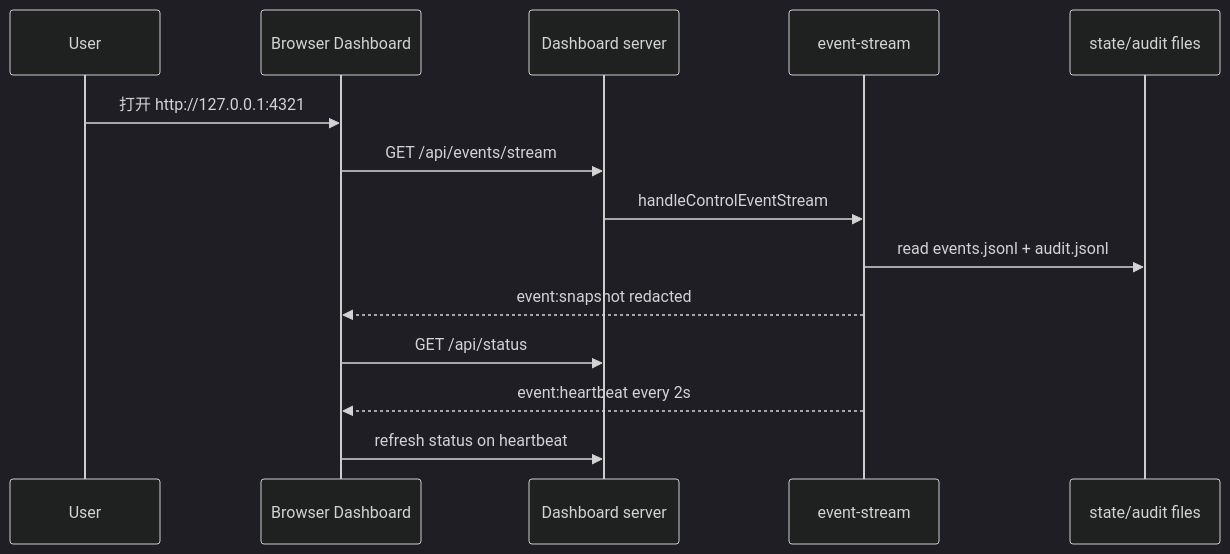
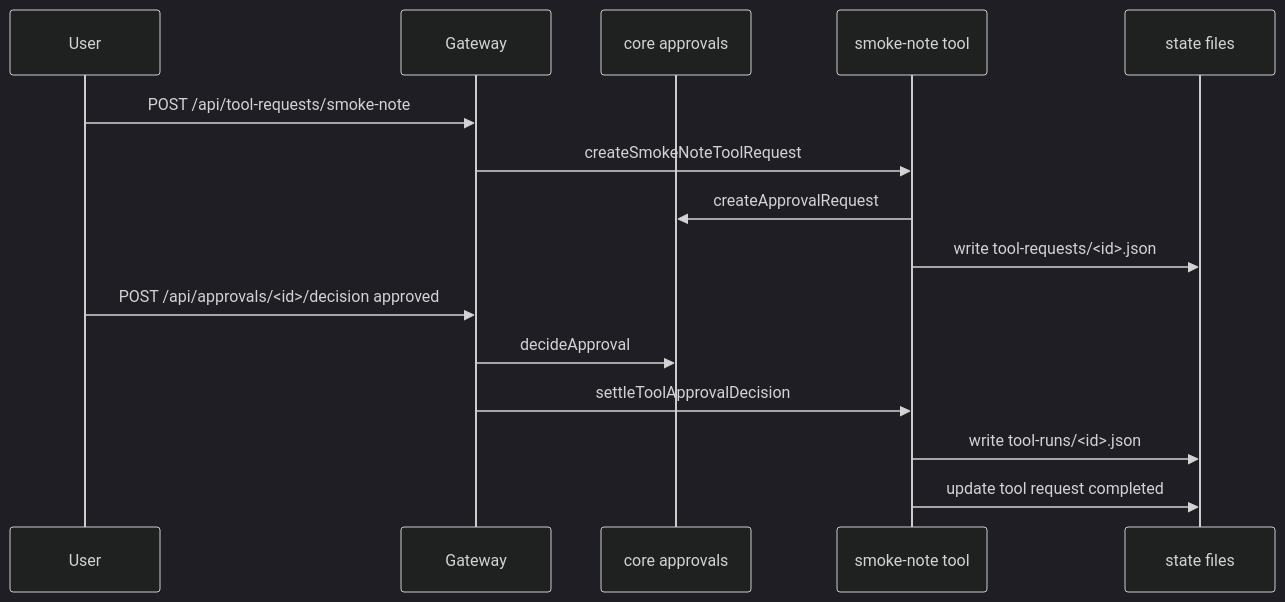
One commit to mayf3/myclaw changed the sixth of 10 diagrams in docs/implementation-architecture.md. Above: the diagram before and after it, drawn with Mermaid (dark theme). The commit also changed other lines of this file and 33 other files, not shown here.

Commit message:
feat: add tool approval smoke

````diff
--- a/docs/implementation-architecture.md
+++ b/docs/implementation-architecture.md
@@ -182,17 +188,18 @@
 ```mermaid
 sequenceDiagram
   participant U as User
-  participant B as Browser Dashboard
-  participant D as Dashboard server
-  participant S as event-stream
-  participant F as state/audit files
+  participant G as Gateway
+  participant A as core approvals
+  participant T as smoke-note tool
+  participant S as state files
 
-  U->>B: 打开 http://127.0.0.1:4321
-  B->>D: GET /api/events/stream
-  D->>S: handleControlEventStream
-  S->>F: read events.jsonl + audit.jsonl
-  S-->>B: event:snapshot redacted
-  B->>D: GET /api/status
-  S-->>B: event:heartbeat every 2s
-  B->>D: refresh status on heartbeat
+  U->>G: POST /api/tool-requests/smoke-note
+  G->>T: createSmokeNoteToolRequest
+  T->>A: createApprovalRequest
+  T->>S: write tool-requests/<id>.json
+  U->>G: POST /api/approvals/<id>/decision approved
+  G->>A: decideApproval
+  G->>T: settleToolApprovalDecision
+  T->>S: write tool-runs/<id>.json
+  T->>S: update tool request completed
 ```
````
